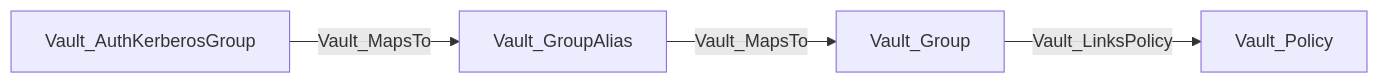
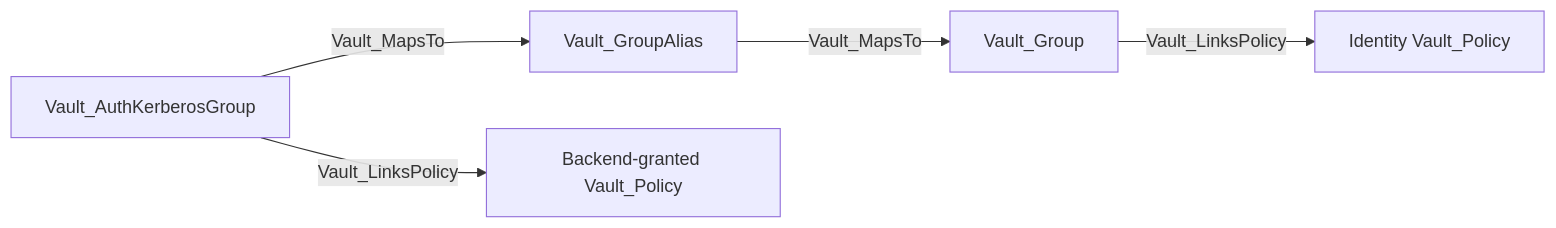
Diagram 18 of 39 in Documentation/stores/AUTH.md (bytewreck/opengraph-vault), drawn with Mermaid before and after one commit. The commit also changed other lines of this file and 3 other files, not shown here.

````diff
--- a/Documentation/stores/AUTH.md
+++ b/Documentation/stores/AUTH.md
@@ -308,6 +280,7 @@
 ```mermaid
 flowchart LR
     principal[Vault_AuthKerberosGroup] -->|Vault_MapsTo| alias[Vault_GroupAlias]
+    principal -->|Vault_LinksPolicy| direct[Backend-granted Vault_Policy]
     alias -->|Vault_MapsTo| group[Vault_Group]
-    group -->|Vault_LinksPolicy| policy[Vault_Policy]
+    group -->|Vault_LinksPolicy| inherited[Identity Vault_Policy]
 ```
````
